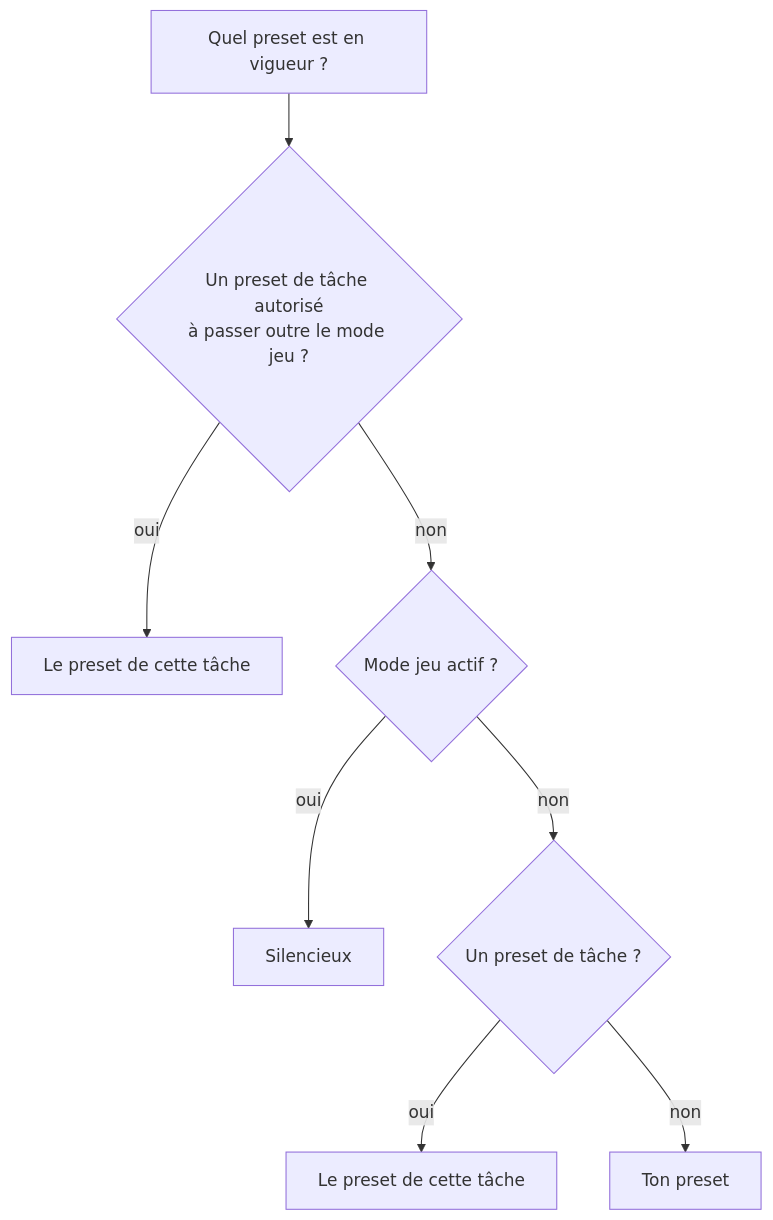
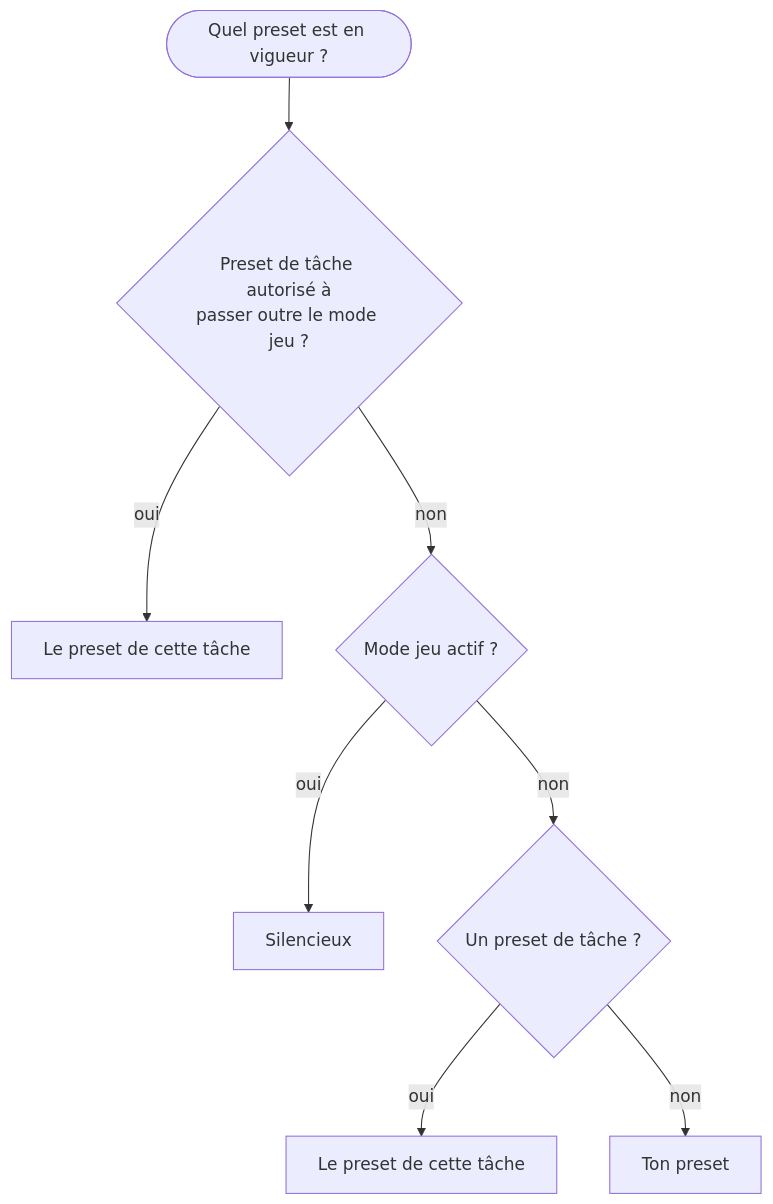
Before and after one commit to FreeProject089/BetterModsManager: the sixth of 7 diagrams in frontend/assets/docs/fr/how-it-works/resources.md, drawn with Mermaid. The commit also changed other lines of this file and 176 other files, not shown here.

````diff
--- a/frontend/assets/docs/fr/how-it-works/resources.md
+++ b/frontend/assets/docs/fr/how-it-works/resources.md
@@ -338,10 +339,10 @@
 ```mermaid
-flowchart TB
-    S["Quel preset est en vigueur ?"] --> T1{"Un preset de tâche autorisé<br/>à passer outre le mode jeu ?"}
-    T1 -- oui --> R1["Le preset de cette tâche"]
-    T1 -- non --> G{"Mode jeu actif ?"}
-    G -- oui --> R2["Silencieux"]
-    G -- non --> T2{"Un preset de tâche ?"}
-    T2 -- oui --> R3["Le preset de cette tâche"]
-    T2 -- non --> R4["Ton preset"]
+flowchart TD
+    S(["Quel preset est en vigueur ?"]) --> T1{"Preset de tâche autorisé à<br/>passer outre le mode jeu ?"}
+    T1 -- "oui" --> R1["Le preset de cette tâche"]
+    T1 -- "non" --> G{"Mode jeu actif ?"}
+    G -- "oui" --> R2["Silencieux"]
+    G -- "non" --> T2{"Un preset de tâche ?"}
+    T2 -- "oui" --> R3["Le preset de cette tâche"]
+    T2 -- "non" --> R4["Ton preset"]
 ```
````
